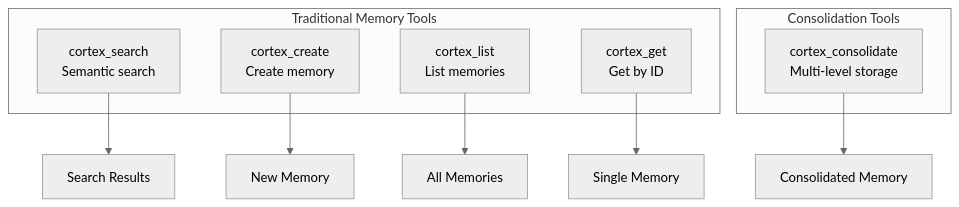
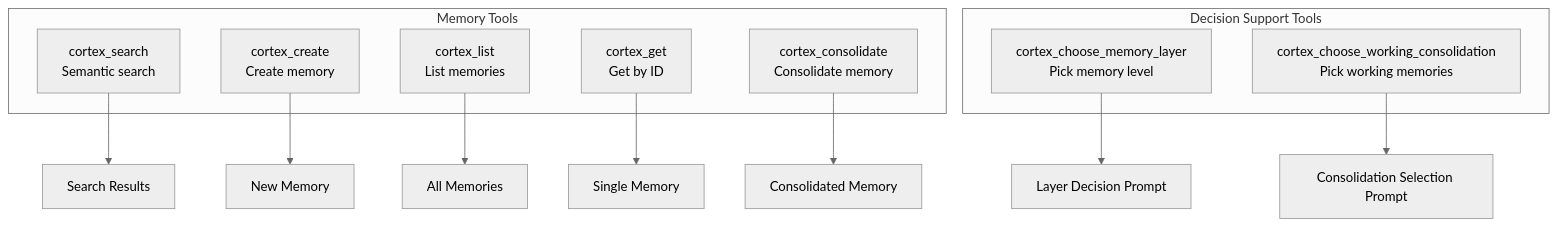
One commit to fmatsos/cortex changed the second of 5 diagrams in docs/MCP.md. Above: the diagram before and after it, drawn with Mermaid (neutral theme). The commit also changed other lines of this file and 9 other files, not shown here.

First line of the commit message:
Add MCP decision-support tools for three-layer memory and update docs/tests (#19)

````diff
--- a/docs/MCP.md
+++ b/docs/MCP.md
@@ -169,19 +171,23 @@
 ```mermaid
 graph TB
-    subgraph "Traditional Memory Tools"
+    subgraph "Memory Tools"
         Search["cortex_search<br/>Semantic search"]
         Create["cortex_create<br/>Create memory"]
         List["cortex_list<br/>List memories"]
         Get["cortex_get<br/>Get by ID"]
+        Consolidate["cortex_consolidate<br/>Consolidate memory"]
     end
 
-    subgraph "Consolidation Tools"
-        Consolidate["cortex_consolidate<br/>Multi-level storage"]
+    subgraph "Decision Support Tools"
+        ChooseLayer["cortex_choose_memory_layer<br/>Pick memory level"]
+        ChooseWorking["cortex_choose_working_consolidation<br/>Pick working memories"]
     end
 
     Search --> Results["Search Results"]
     Create --> Memory["New Memory"]
     List --> AllMemories["All Memories"]
     Get --> SingleMemory["Single Memory"]
     Consolidate --> ConsolidatedMemory["Consolidated Memory"]
+    ChooseLayer --> Decisions["Layer Decision Prompt"]
+    ChooseWorking --> Selections["Consolidation Selection Prompt"]
 ```
````
